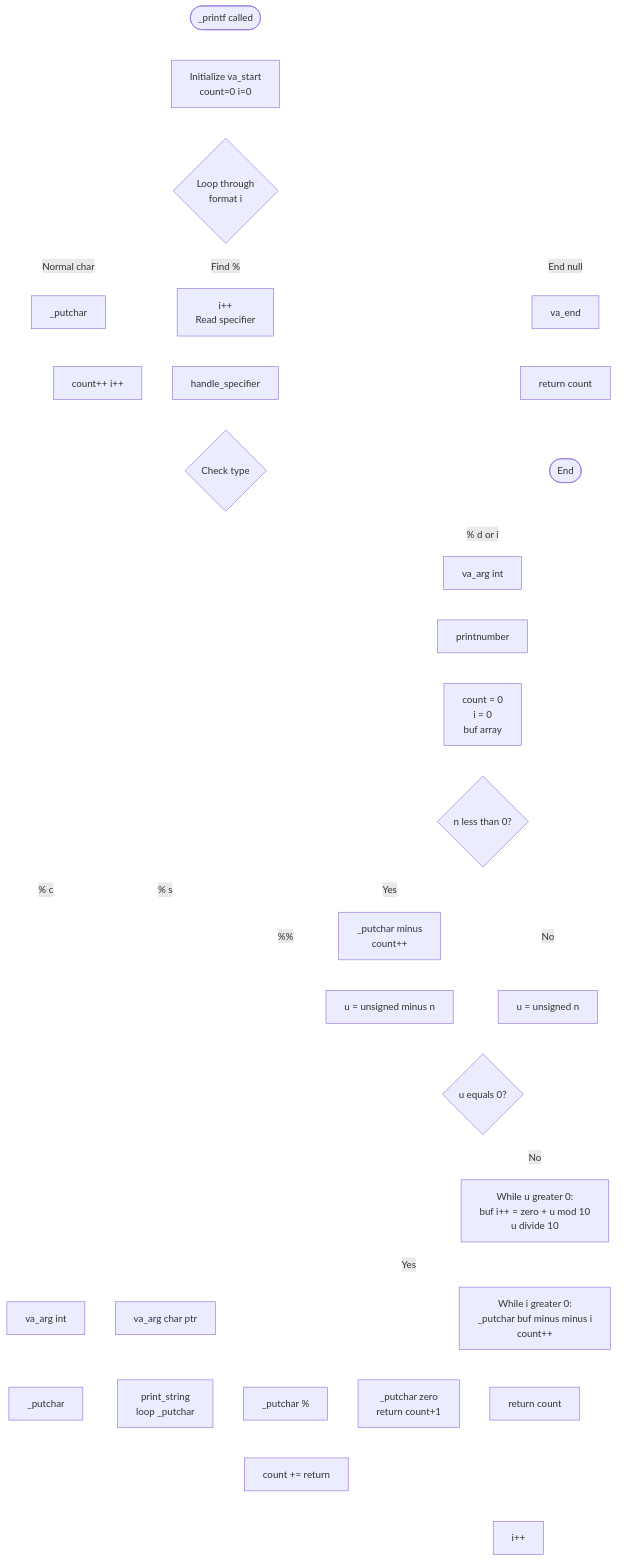
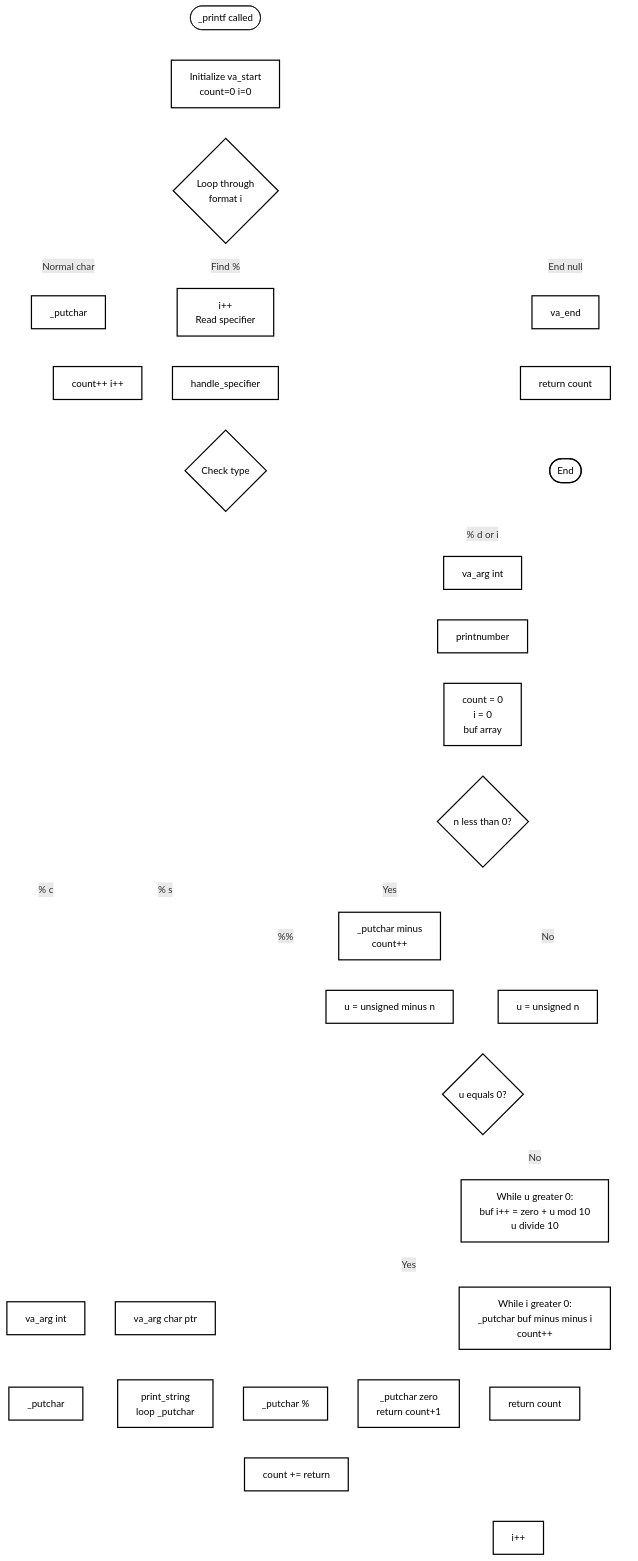
One commit to Alistair31/holbertonschool-printf changed the first of 2 diagrams in README.md. Above: the diagram before and after it, drawn with Mermaid.

Commit message:
Enhance README with functions and styles

```diff
--- a/README.md
+++ b/README.md
@@ -89,6 +89,66 @@
     Cleanup --> Return["return count"]
     Return --> End(["End"])
 
+     Init:::Class_01
+     Loop:::Class_01
+     Putchar1:::Class_01
+     Inc1:::Class_01
+     ReadSpec:::Class_01
+     Handle:::Class_01
+     Switch:::Class_01
+     VaChar:::Class_01
+     PrintC:::Class_01
+     AddCount:::Class_01
+     VaStr:::Class_01
+     PrintS:::Class_01
+     PrintPercent:::Class_01
+     VaInt:::Class_01
+     PrintNum:::Class_01
+     InitNum:::Class_01
+     IsNeg:::Class_01
+     Minus:::Class_01
+     ConvertNeg:::Class_01
+     ConvertPos:::Class_01
+     CheckZero:::Class_01
+     PrintZero:::Class_01
+     FillBuffer:::Class_01
+     PrintBuffer:::Class_01
+     RetNum:::Class_01
+     Inc2:::Class_01
+     Cleanup:::Class_01
+     Return:::Class_01
+     End:::Class_01
+    classDef Class_01 stroke-width:2px, stroke-dasharray:0, stroke:#000000, fill:#FFFFFF, color:#000000
+    style Start fill:#FFFFFF,stroke:#000000,color:#000000
+    style Init fill:#FFFFFF
+    style Loop fill:#FFFFFF
+    style Putchar1 fill:#FFFFFF
+    style Inc1 fill:#FFFFFF
+    style ReadSpec fill:#FFFFFF
+    style Handle fill:#FFFFFF
+    style Switch fill:#FFFFFF
+    style VaChar fill:#FFFFFF
+    style PrintC fill:#FFFFFF
+    style AddCount fill:#FFFFFF
+    style VaStr fill:#FFFFFF
+    style PrintS fill:#FFFFFF
+    style PrintPercent fill:#FFFFFF
+    style VaInt fill:#FFFFFF
+    style PrintNum fill:#FFFFFF
+    style InitNum fill:#FFFFFF
+    style IsNeg fill:#FFFFFF
+    style Minus fill:#FFFFFF
+    style ConvertNeg fill:#FFFFFF
+    style ConvertPos fill:#FFFFFF
+    style CheckZero fill:#FFFFFF
+    style PrintZero fill:#FFFFFF
+    style FillBuffer fill:#FFFFFF
+    style PrintBuffer fill:#FFFFFF
+    style RetNum fill:#FFFFFF
+    style Inc2 fill:#FFFFFF
+    style Cleanup fill:#FFFFFF
+    style Return fill:#FFFFFF
+    style End fill:#FFFFFF
     linkStyle 0 stroke:#FFFFFF,fill:none
     linkStyle 1 stroke:#FFFFFF,fill:none
     linkStyle 2 stroke:#FFFFFF,fill:none
```
